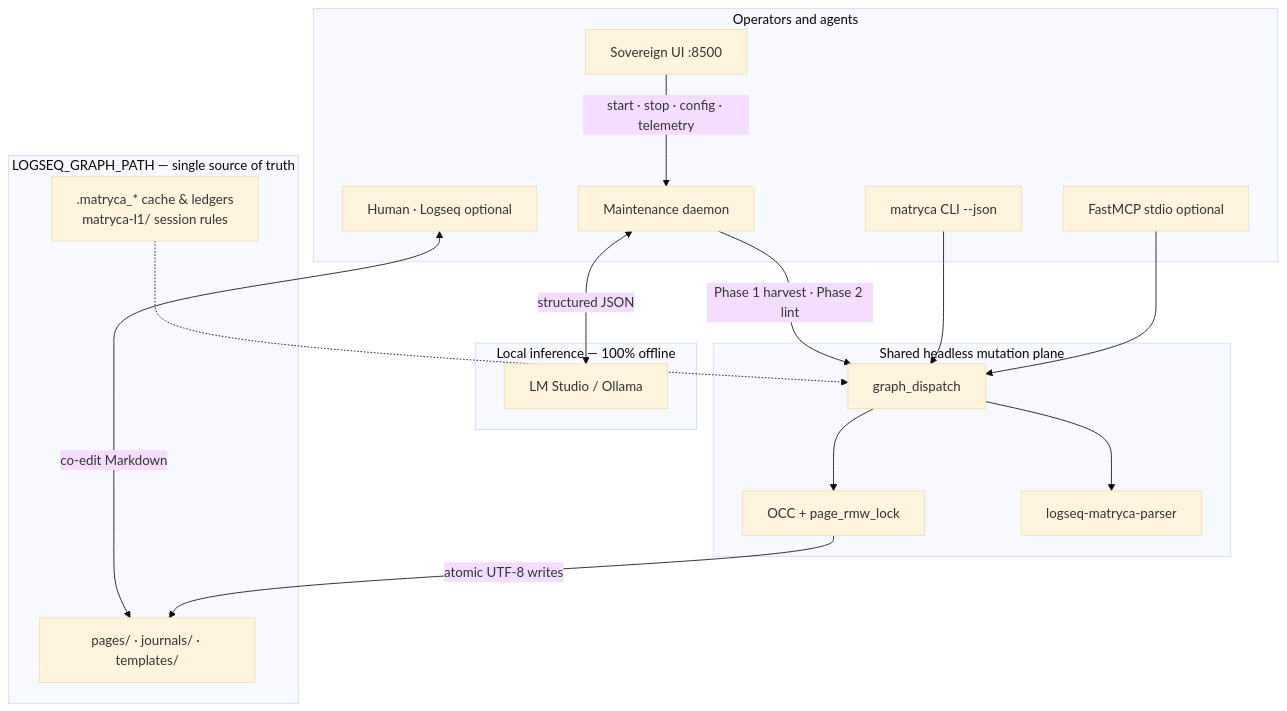
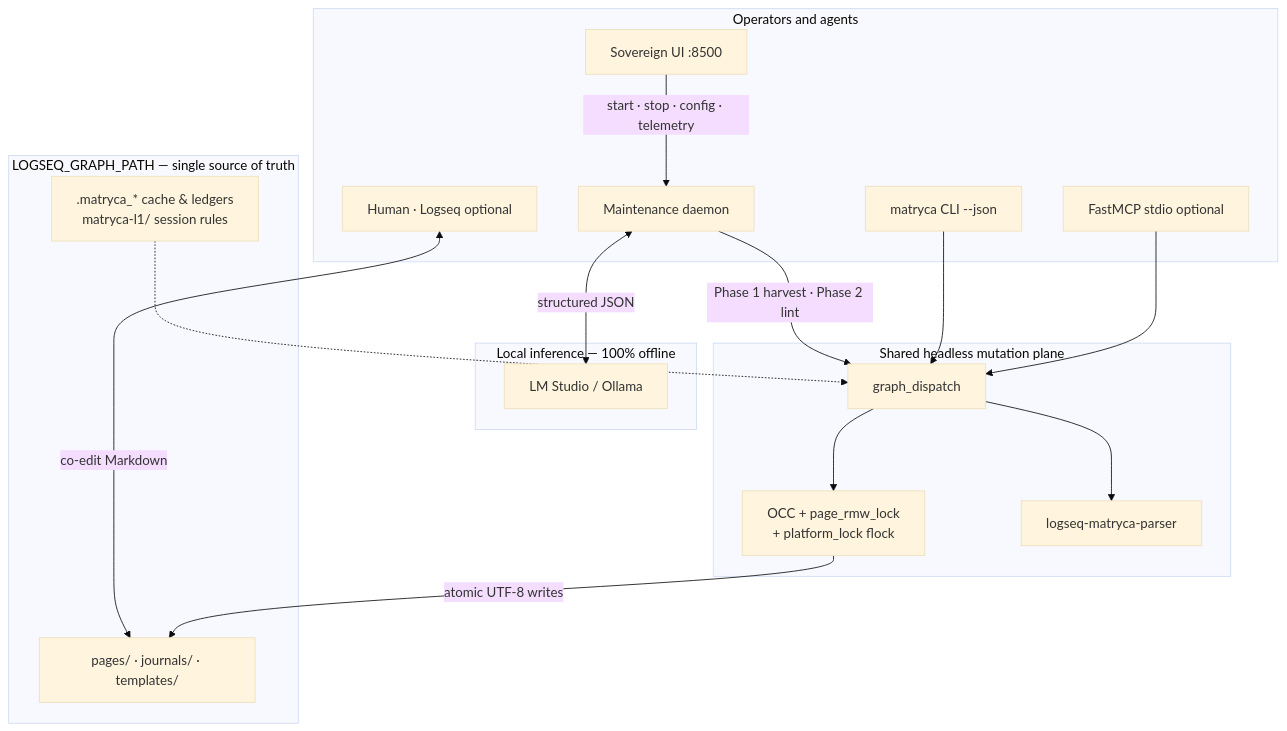
The diagram in README.md (blackwolf225/matryca-plumber), drawn with Mermaid (base theme) before and after one commit. The commit also changed other lines of this file and 9 other files, not shown here.

First line of the commit message:
chore(release): version 1.10.6 - unify concurrency integrity and enhance hub page OCC

````diff
--- a/README.md
+++ b/README.md
@@ -176,36 +176,36 @@
 ```mermaid
 flowchart TB
   subgraph operators [Operators and agents]
     Human[Human · Logseq optional]
     UI[Sovereign UI :8500]
     Daemon[Maintenance daemon]
     CLI[matryca CLI --json]
     MCP[FastMCP stdio optional]
   end
 
   subgraph plane [Shared headless mutation plane]
     GD[graph_dispatch]
-    Lock[OCC + page_rmw_lock]
+    Lock[OCC + page_rmw_lock\n+ platform_lock flock]
     Parser[logseq-matryca-parser]
     GD --> Lock
     GD --> Parser
   end
 
   subgraph local [Local inference — 100% offline]
     LLM[LM Studio / Ollama]
   end
 
   subgraph vault [LOGSEQ_GRAPH_PATH — single source of truth]
     Pages[pages/ · journals/ · templates/]
     Meta[.matryca_* cache & ledgers\nmatryca-l1/ session rules]
   end
 
   Human <-->|co-edit Markdown| Pages
   UI -->|start · stop · config · telemetry| Daemon
   Daemon -->|Phase 1 harvest · Phase 2 lint| GD
   Daemon <-->|structured JSON| LLM
   CLI --> GD
   MCP --> GD
   Lock -->|atomic UTF-8 writes| Pages
   Meta -.-> GD
 ```
````
